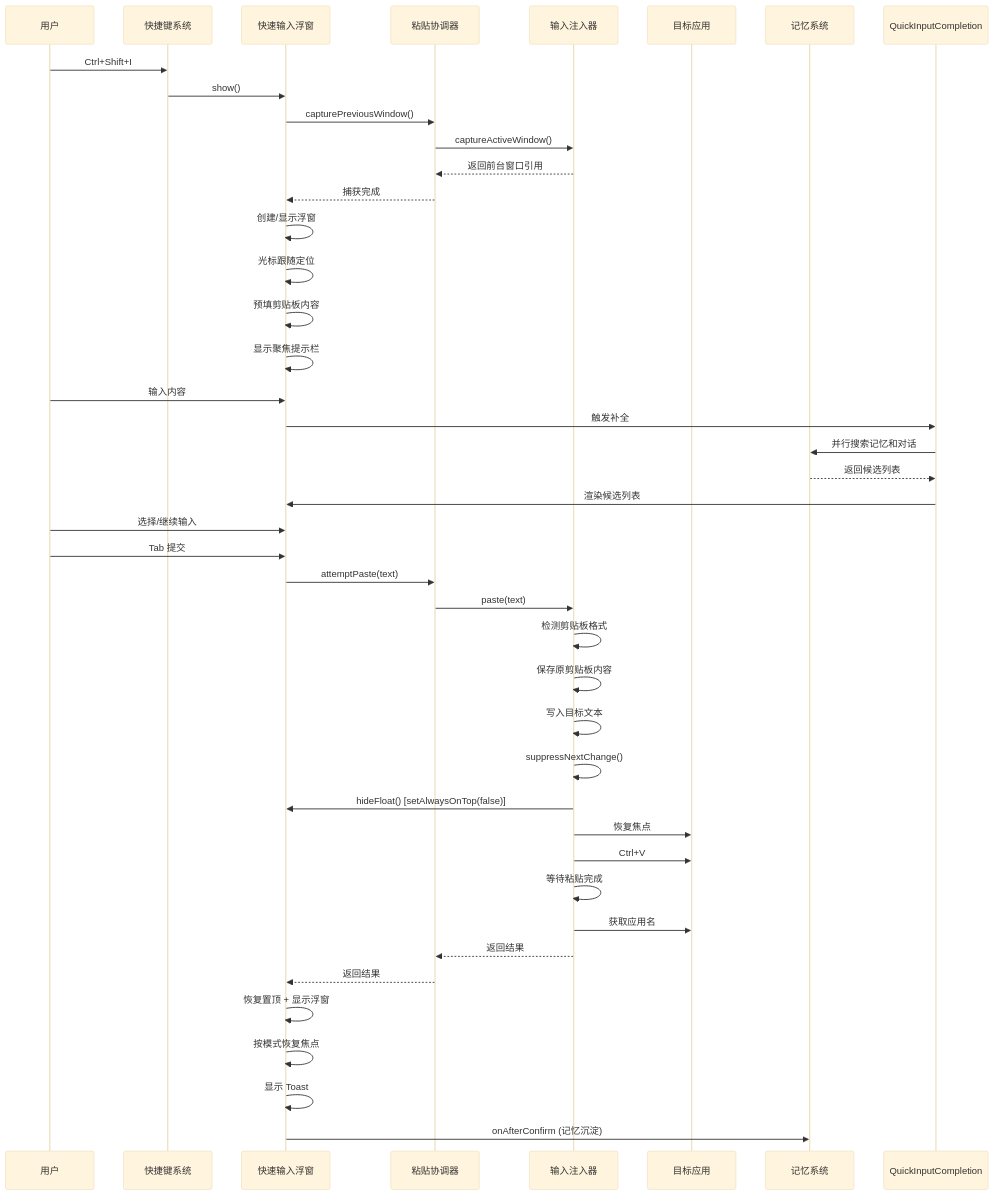
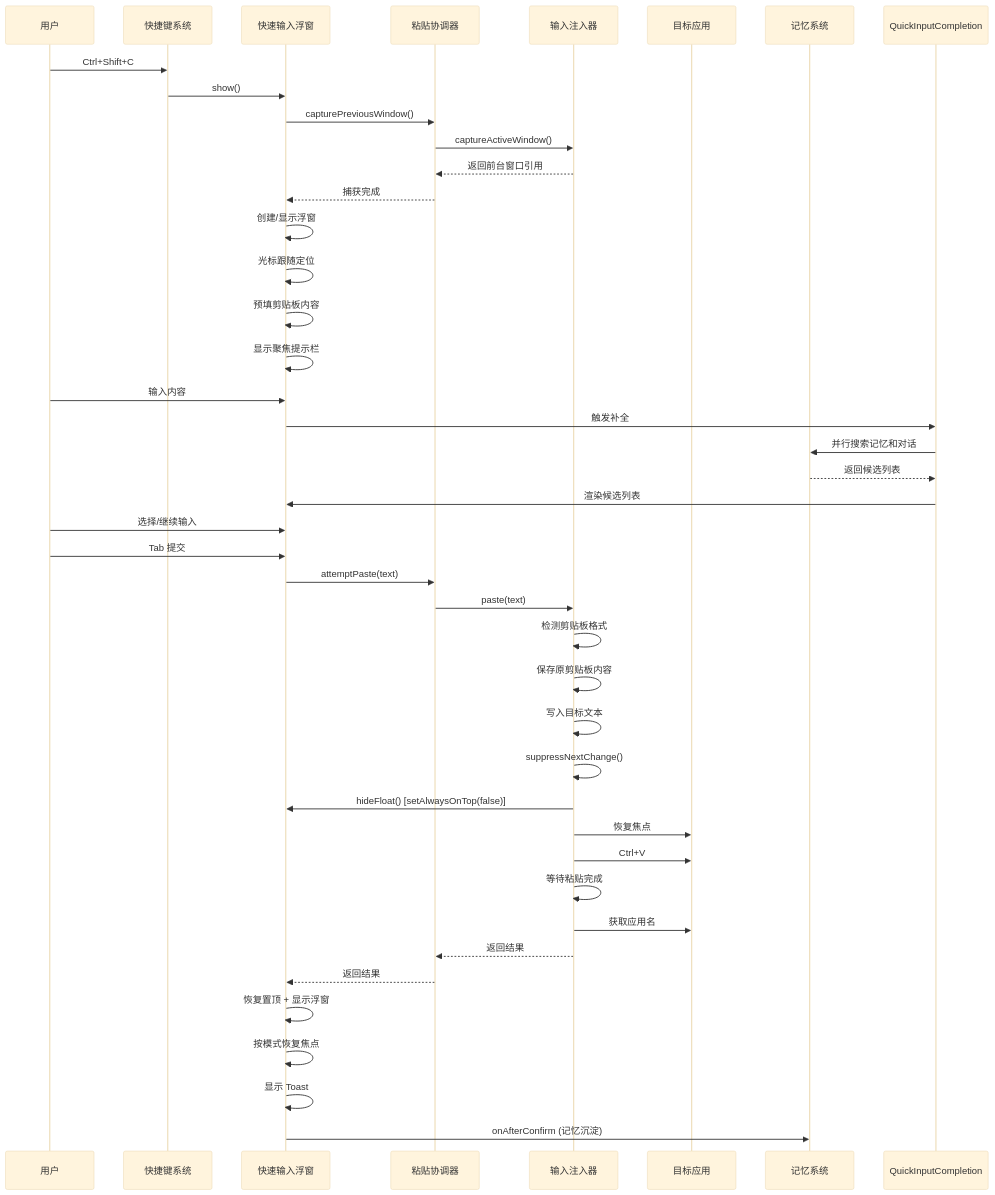
One commit to zooique/memora changed the first of 2 diagrams in hosts/memora-sprite/docs/input-completion-module.md. Above: the diagram before and after it, drawn with Mermaid (base theme). The commit also changed other lines of this file and 10 other files, not shown here.

First line of the commit message:
feat(shortcut): 输入补全呼出弹窗快捷键改为 Ctrl+Shift+C

````diff
--- a/hosts/memora-sprite/docs/input-completion-module.md
+++ b/hosts/memora-sprite/docs/input-completion-module.md
@@ -154,49 +154,49 @@
 ```mermaid
 sequenceDiagram
     participant User as 用户
     participant Shortcut as 快捷键系统
     participant QuickInputWindow as 快速输入浮窗
     participant PasteCoordinator as 粘贴协调器
     participant InputInjector as 输入注入器
     participant TargetApp as 目标应用
     participant Memory as 记忆系统
 
-    User->>Shortcut: Ctrl+Shift+I
+    User->>Shortcut: Ctrl+Shift+C
     Shortcut->>QuickInputWindow: show()
     QuickInputWindow->>PasteCoordinator: capturePreviousWindow()
     PasteCoordinator->>InputInjector: captureActiveWindow()
     InputInjector-->>PasteCoordinator: 返回前台窗口引用
     PasteCoordinator-->>QuickInputWindow: 捕获完成
 
     QuickInputWindow->>QuickInputWindow: 创建/显示浮窗
     QuickInputWindow->>QuickInputWindow: 光标跟随定位
     QuickInputWindow->>QuickInputWindow: 预填剪贴板内容
     QuickInputWindow->>QuickInputWindow: 显示聚焦提示栏
 
     User->>QuickInputWindow: 输入内容
     QuickInputWindow->>QuickInputCompletion: 触发补全
     QuickInputCompletion->>Memory: 并行搜索记忆和对话
     Memory-->>QuickInputCompletion: 返回候选列表
     QuickInputCompletion->>QuickInputWindow: 渲染候选列表
     User->>QuickInputWindow: 选择/继续输入
     User->>QuickInputWindow: Tab 提交
 
     QuickInputWindow->>PasteCoordinator: attemptPaste(text)
     PasteCoordinator->>InputInjector: paste(text)
     InputInjector->>InputInjector: 检测剪贴板格式
     InputInjector->>InputInjector: 保存原剪贴板内容
     InputInjector->>InputInjector: 写入目标文本
     InputInjector->>InputInjector: suppressNextChange()
     InputInjector->>QuickInputWindow: hideFloat() [setAlwaysOnTop(false)]
     InputInjector->>TargetApp: 恢复焦点
     InputInjector->>TargetApp: Ctrl+V
     InputInjector->>InputInjector: 等待粘贴完成
     InputInjector->>TargetApp: 获取应用名
     InputInjector-->>PasteCoordinator: 返回结果
     PasteCoordinator-->>QuickInputWindow: 返回结果
 
     QuickInputWindow->>QuickInputWindow: 恢复置顶 + 显示浮窗
     QuickInputWindow->>QuickInputWindow: 按模式恢复焦点
     QuickInputWindow->>QuickInputWindow: 显示 Toast
     QuickInputWindow->>Memory: onAfterConfirm (记忆沉淀)
 ```
````
